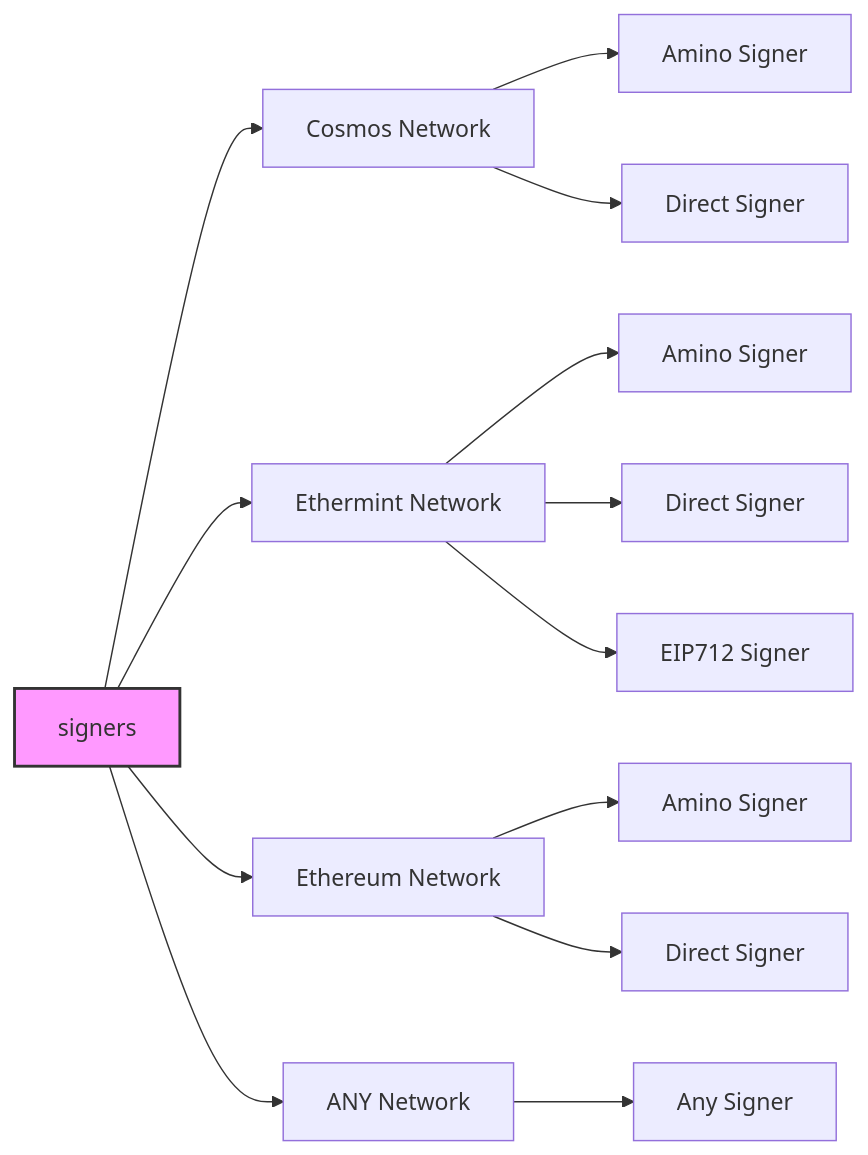
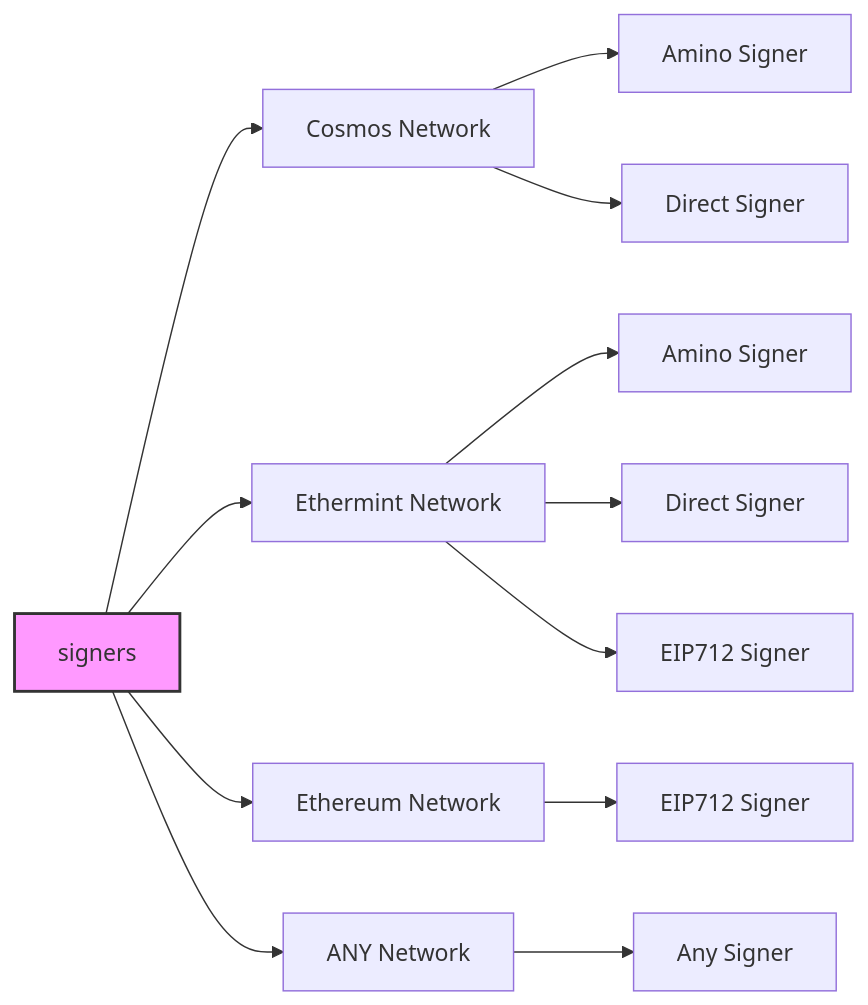
Before and after one commit to cosmology-tech/interchainjs: the first of 2 diagrams in README.md, drawn with Mermaid. The commit also changed other lines of this file and 1 other file, not shown here.

Commit message:
fix diagram of README and auth-wallet-signer

````diff
--- a/README.md
+++ b/README.md
@@ -30,21 +27,20 @@
 ```mermaid
 graph LR
     signers --> cosmos_signer["Cosmos Network"]
     signers --> ethermint_signer["Ethermint Network"]
     signers --> ethereum_signer["Ethereum Network"]
     signers --> implement_signer["ANY Network"]
-    
+
     cosmos_signer --> cosmos_amino["Amino Signer"]
     cosmos_signer --> cosmos_direct["Direct Signer"]
-    
-    ethereum_signer --> ethereum_amino["Amino Signer"]
-    ethereum_signer --> ethereum_direct["Direct Signer"]
-    
+
+    ethereum_signer --> ethereum_eip712["EIP712 Signer"]
+
     ethermint_signer --> ethermint_amino["Amino Signer"]
     ethermint_signer --> ethermint_direct["Direct Signer"]
     ethermint_signer --> ethermint_eip712["EIP712 Signer"]
-    
+
     implement_signer --> any_signer["Any Signer"]
-    
+
     style signers fill:#f9f,stroke:#333,stroke-width:2px
 ```
````
